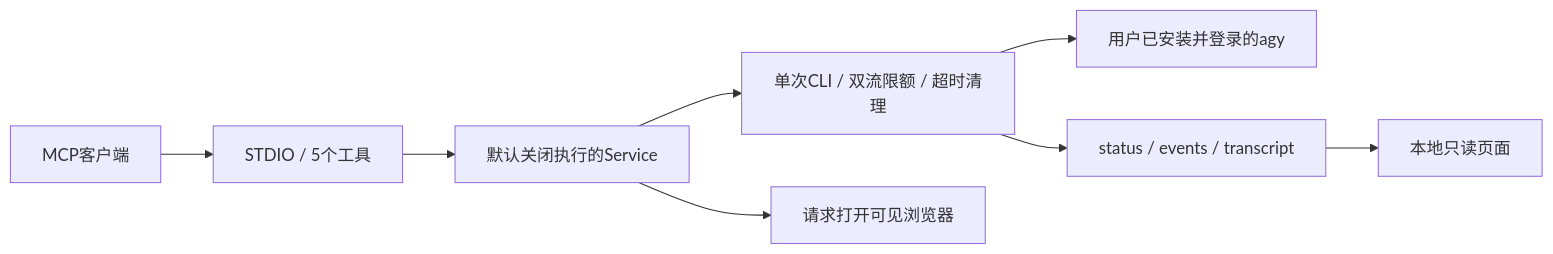
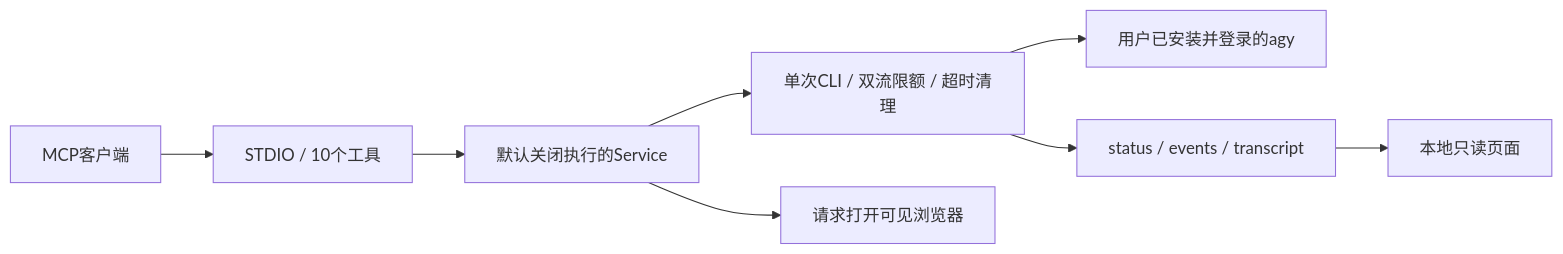
The diagram in docs/architecture.md (horizonmax11-sketch/agy-observer-mcp), drawn with Mermaid before and after one commit. The commit also changed other lines of this file and 18 other files, not shown here.

````diff
--- a/docs/architecture.md
+++ b/docs/architecture.md
@@ -3,10 +3,10 @@
 ```mermaid
 flowchart LR
-    Client[MCP客户端] --> Server[STDIO / 5个工具]
+    Client[MCP客户端] --> Server[STDIO / 10个工具]
     Server --> Service[默认关闭执行的Service]
     Service --> Runtime[单次CLI / 双流限额 / 超时清理]
     Runtime --> CLI[用户已安装并登录的agy]
     Runtime --> History[status / events / transcript]
     History --> UI[本地只读页面]
     Service --> Browser[请求打开可见浏览器]
 ```
````
